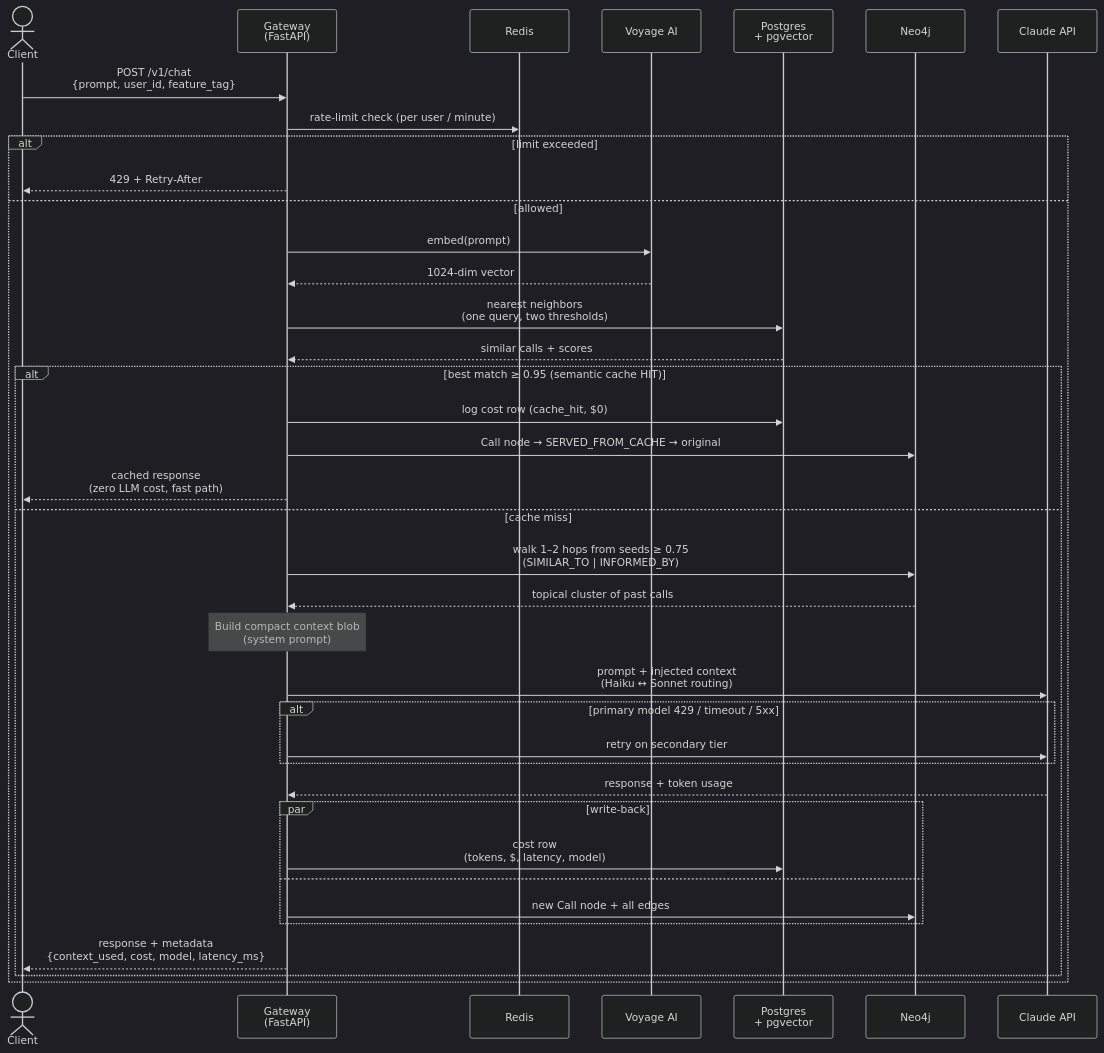
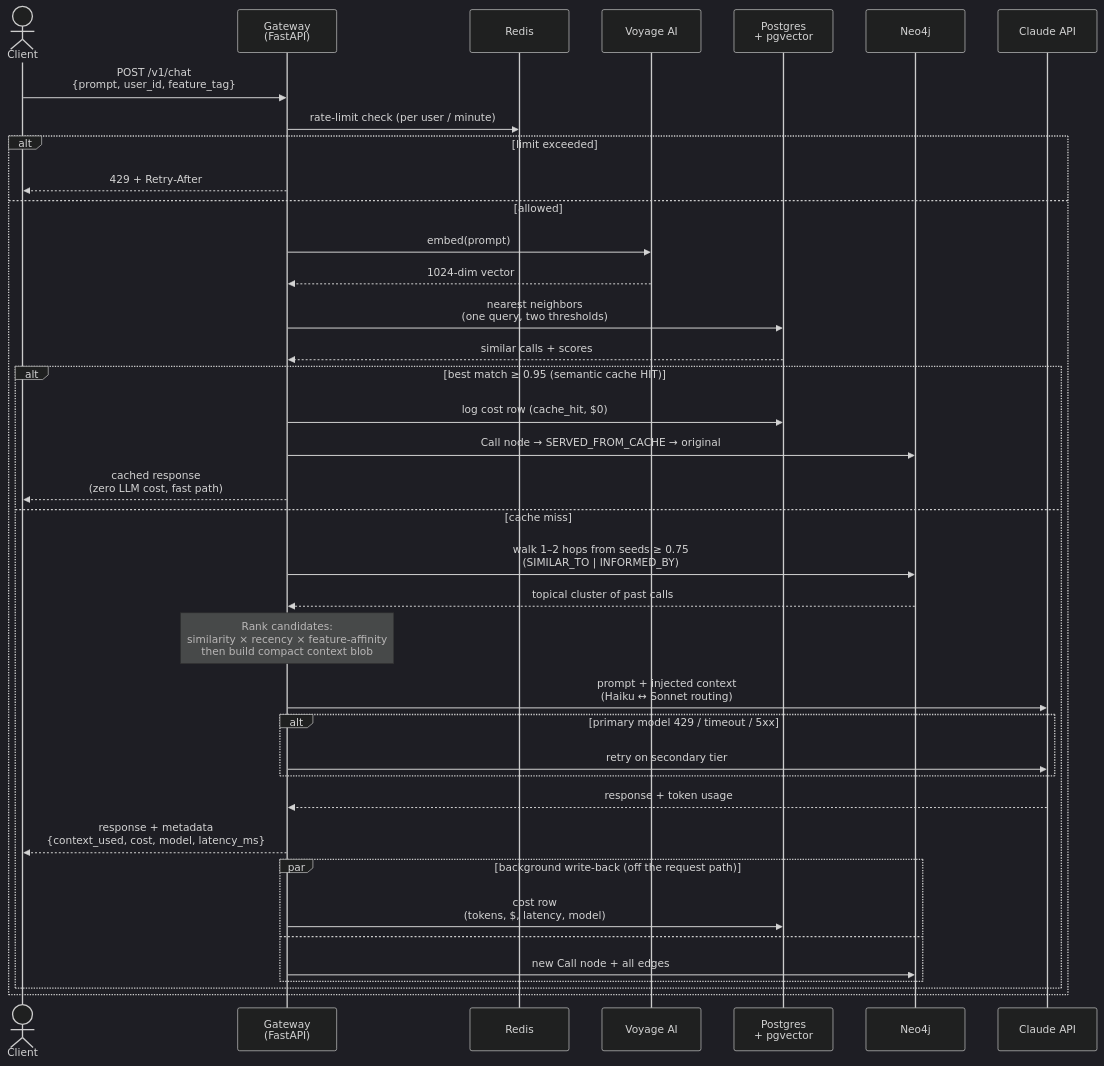
The second of 3 diagrams in README.md (kshubham090/contextual-llm-gateway), drawn with Mermaid (dark theme) before and after one commit. The commit also changed other lines of this file and 14 other files, not shown here.

First line of the commit message:
Tests, CI, background write-back, hybrid ranking, structured logging

````diff
--- a/README.md
+++ b/README.md
@@ -104,50 +107,50 @@
 ```mermaid
 sequenceDiagram
     actor Client
     participant GW as Gateway<br/>(FastAPI)
     participant R as Redis
     participant V as Voyage AI
     participant PG as Postgres<br/>+ pgvector
     participant N4J as Neo4j
     participant LLM as Claude API
 
     Client->>GW: POST /v1/chat<br/>{prompt, user_id, feature_tag}
     GW->>R: rate-limit check (per user / minute)
 
     alt limit exceeded
         GW-->>Client: 429 + Retry-After
     else allowed
         GW->>V: embed(prompt)
         V-->>GW: 1024-dim vector
 
         GW->>PG: nearest neighbors<br/>(one query, two thresholds)
         PG-->>GW: similar calls + scores
 
         alt best match ≥ 0.95 (semantic cache HIT)
             GW->>PG: log cost row (cache_hit, $0)
             GW->>N4J: Call node → SERVED_FROM_CACHE → original
             GW-->>Client: cached response<br/>(zero LLM cost, fast path)
         else cache miss
             GW->>N4J: walk 1–2 hops from seeds ≥ 0.75<br/>(SIMILAR_TO | INFORMED_BY)
             N4J-->>GW: topical cluster of past calls
 
-            Note over GW: Build compact context blob<br/>(system prompt)
+            Note over GW: Rank candidates:<br/>similarity × recency × feature-affinity<br/>then build compact context blob
 
             GW->>LLM: prompt + injected context<br/>(Haiku ↔ Sonnet routing)
 
             alt primary model 429 / timeout / 5xx
                 GW->>LLM: retry on secondary tier
             end
 
             LLM-->>GW: response + token usage
 
-            par write-back
+            GW-->>Client: response + metadata<br/>{context_used, cost, model, latency_ms}
+
+            par background write-back (off the request path)
                 GW->>PG: cost row<br/>(tokens, $, latency, model)
             and
                 GW->>N4J: new Call node + all edges
             end
-
-            GW-->>Client: response + metadata<br/>{context_used, cost, model, latency_ms}
         end
     end
 ```
````
